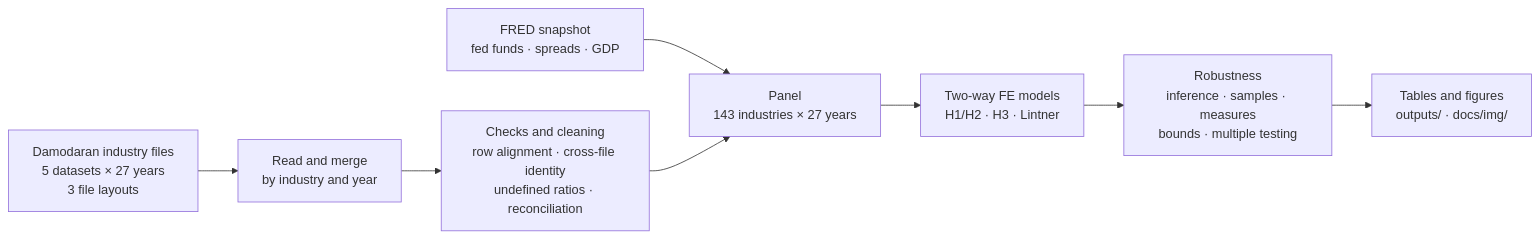
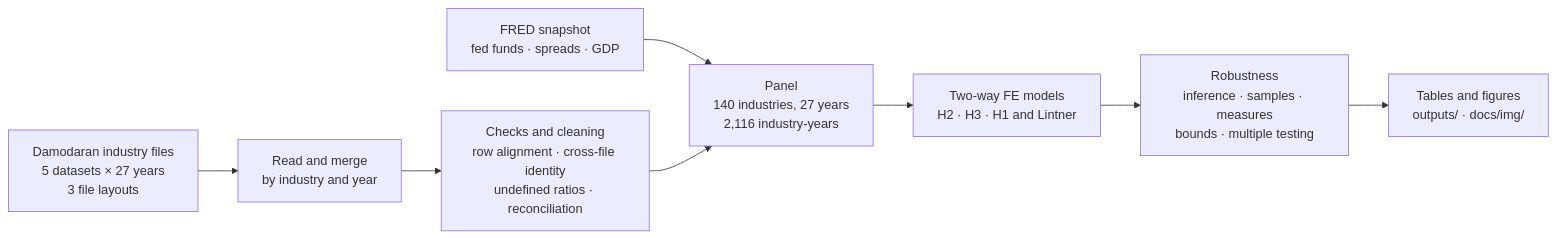
One commit to MilanKalajdzic/Master-Thesis changed the diagram in README.md. Above: the diagram before and after it, drawn with Mermaid. The commit also changed other lines of this file and 50 other files, not shown here.

````diff
--- a/README.md
+++ b/README.md
@@ -71,10 +77,10 @@
 ```mermaid
 flowchart LR
     A["Damodaran industry files<br/>5 datasets × 27 years<br/>3 file layouts"] --> B["Read and merge<br/>by industry and year"]
     B --> C["Checks and cleaning<br/>row alignment · cross-file identity<br/>undefined ratios · reconciliation"]
     F["FRED snapshot<br/>fed funds · spreads · GDP"] --> D
-    C --> D["Panel<br/>143 industries × 27 years"]
-    D --> E["Two-way FE models<br/>H1/H2 · H3 · Lintner"]
+    C --> D["Panel<br/>140 industries, 27 years<br/>2,116 industry-years"]
+    D --> E["Two-way FE models<br/>H2 · H3 · H1 and Lintner"]
     E --> G["Robustness<br/>inference · samples · measures<br/>bounds · multiple testing"]
     G --> H["Tables and figures<br/>outputs/ · docs/img/"]
 ```
````
